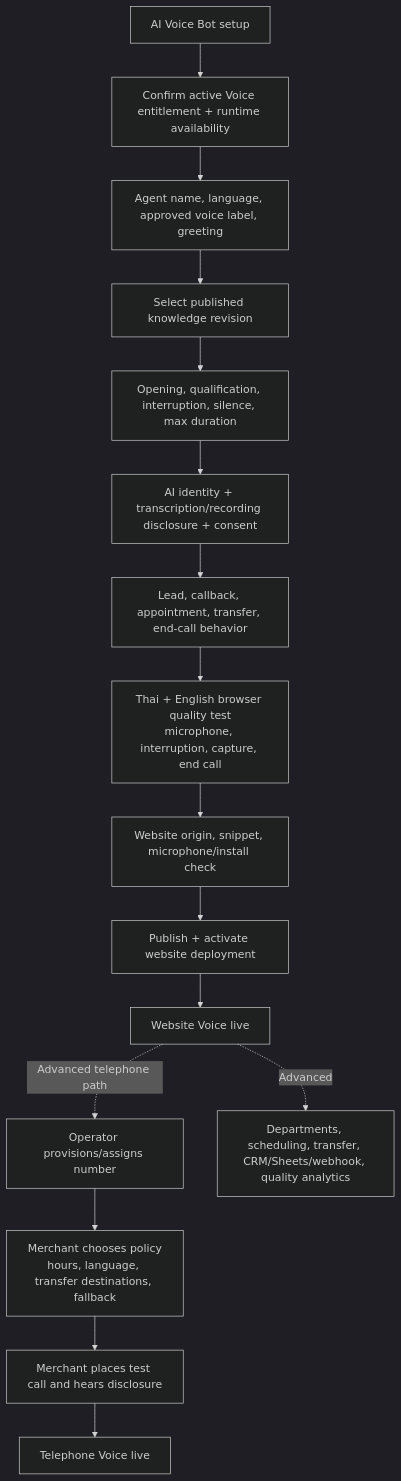
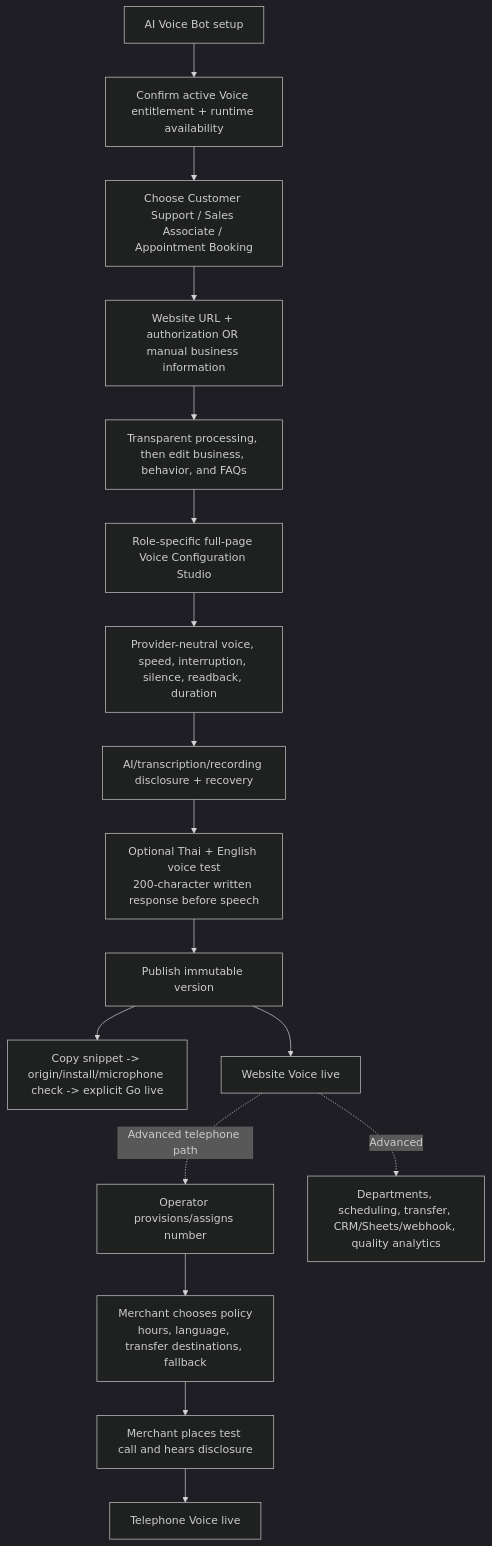
The ninth of 23 diagrams in DJAY_Bot_SaaS_Platform/docs/architecture/djay-bots-system-map.md (lovecatisgood-sudo/DJ_Academy_Webpromo_Voice), drawn with Mermaid (dark theme) before and after one commit. The commit also changed other lines of this file and 75 other files, not shown here.

````diff
--- a/DJAY_Bot_SaaS_Platform/docs/architecture/djay-bots-system-map.md
+++ b/DJAY_Bot_SaaS_Platform/docs/architecture/djay-bots-system-map.md
@@ -311,19 +326,20 @@
 ```mermaid
 flowchart TD
     VOICESTART["AI Voice Bot setup"] --> VOICEACCESS["Confirm active Voice entitlement + runtime availability"]
-    VOICEACCESS --> VOICEIDENTITY["Agent name, language, approved voice label, greeting"]
-    VOICEIDENTITY --> VOICEKNOWLEDGE["Select published knowledge revision"]
-    VOICEKNOWLEDGE --> VOICEBEHAVIOR["Opening, qualification, interruption, silence, max duration"]
-    VOICEBEHAVIOR --> VOICEDISCLOSURE["AI identity + transcription/recording disclosure + consent"]
-    VOICEDISCLOSURE --> VOICEOUTCOMES["Lead, callback, appointment, transfer, end-call behavior"]
-    VOICEOUTCOMES --> VOICETEST["Thai + English browser quality test\nmicrophone, interruption, capture, end call"]
-    VOICETEST --> WEBSITEVOICE["Website origin, snippet, microphone/install check"]
-    WEBSITEVOICE --> VOICEACTIVATE["Publish + activate website deployment"]
+    VOICEACCESS --> ROLE["Choose Customer Support / Sales Associate / Appointment Booking"]
+    ROLE --> SOURCE["Website URL + authorization OR manual business information"]
+    SOURCE --> REVIEW["Transparent processing, then edit business, behavior, and FAQs"]
+    REVIEW --> VOICESTUDIO["Role-specific full-page Voice Configuration Studio"]
+    VOICESTUDIO --> VOICEBEHAVIOR["Provider-neutral voice, speed, interruption, silence, readback, duration"]
+    VOICEBEHAVIOR --> VOICEDISCLOSURE["AI/transcription/recording disclosure + recovery"]
+    VOICEDISCLOSURE --> VOICETEST["Optional Thai + English voice test\n200-character written response before speech"]
+    VOICETEST --> VOICEACTIVATE["Publish immutable version"]
+    VOICEACTIVATE --> WEBSITEVOICE["Copy snippet -> origin/install/microphone check -> explicit Go live"]
     VOICEACTIVATE --> VOICELIVE["Website Voice live"]
 
     VOICELIVE -. "Advanced telephone path" .-> NUMBER["Operator provisions/assigns number"]
     NUMBER --> TELEPHONY["Merchant chooses policy\nhours, language, transfer destinations, fallback"]
     TELEPHONY --> TESTCALL["Merchant places test call and hears disclosure"]
     TESTCALL --> PHONEACTIVE["Telephone Voice live"]
     VOICELIVE -. "Advanced" .-> VOICEADV["Departments, scheduling, transfer, CRM/Sheets/webhook, quality analytics"]
 ```
````
